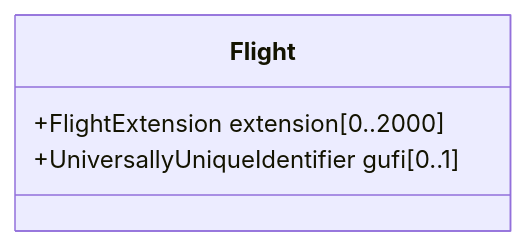
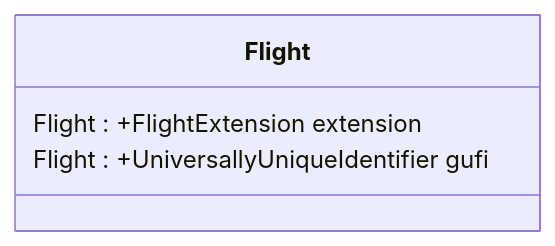
One commit to du-lapin/test_docsify changed the second of 2 diagrams in docs/fixm/FIXM_UML_in_mermaid.md. Above: the diagram before and after it, drawn with Mermaid.

````diff
--- a/docs/fixm/FIXM_UML_in_mermaid.md
+++ b/docs/fixm/FIXM_UML_in_mermaid.md
@@ -24,6 +24,7 @@
 ```mermaid
 classDiagram
-class Flight
-Flight : +FlightExtension extension[0..2000]
-Flight : +UniversallyUniqueIdentifier gufi[0..1]
+class Flight{
+Flight : +FlightExtension extension
+Flight : +UniversallyUniqueIdentifier gufi
+}
 ```
````
